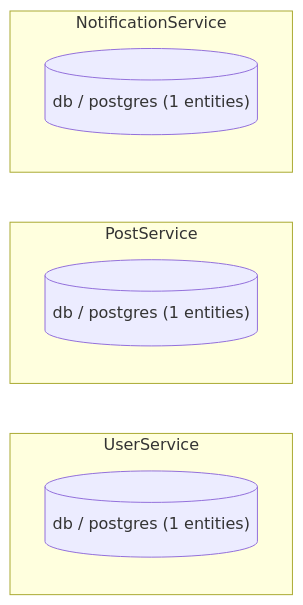
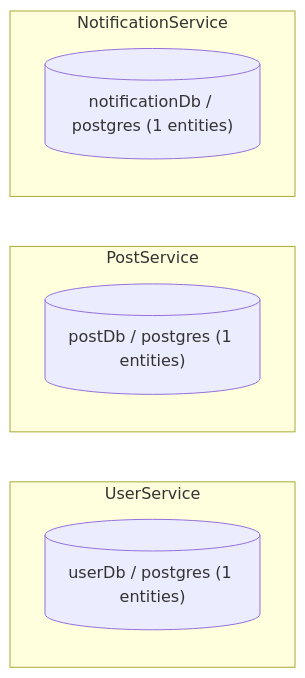
Before and after one commit to keturk/datrix: the diagram in examples/02-domains/social-platform/docs/diagrams/infrastructure.md, drawn with Mermaid. The commit also changed 158 other files, not shown here.

First line of the commit message:
Examples: name RDBMS blocks and align diagrams/docs with multi-datasource style

````diff
--- a/examples/02-domains/social-platform/docs/diagrams/infrastructure.md
+++ b/examples/02-domains/social-platform/docs/diagrams/infrastructure.md
@@ -3,12 +3,12 @@
 ```mermaid
 graph LR
     subgraph "UserService"
-    user_service_rdbms_db[("db / postgres (1 entities)")]
+    user_service_rdbms_user_db[("userDb / postgres (1 entities)")]
     end
     subgraph "PostService"
-    post_service_rdbms_db[("db / postgres (1 entities)")]
+    post_service_rdbms_post_db[("postDb / postgres (1 entities)")]
     end
     subgraph "NotificationService"
-    notification_service_rdbms_db[("db / postgres (1 entities)")]
+    notification_service_rdbms_notification_db[("notificationDb / postgres (1 entities)")]
     end
 ```
````
